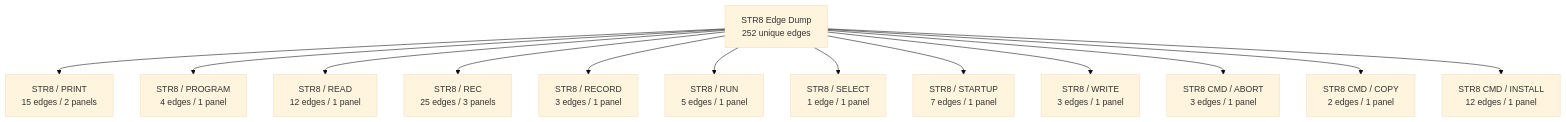
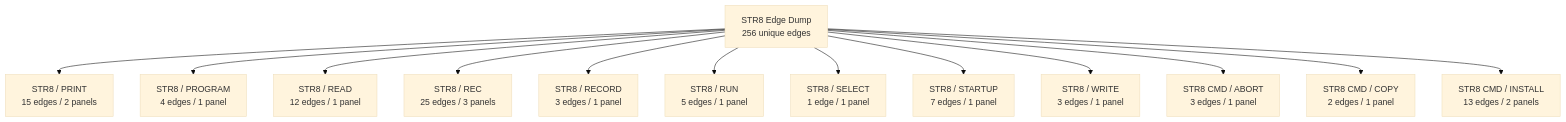
Before and after one commit to 95westus/R-YORS: the second of 43 diagrams in DOC/GUIDES/STR8/STR8_EDGE_DUMP.md, drawn with Mermaid (base theme). The commit also changed other lines of this file and 24 other files, not shown here.

````diff
--- a/DOC/GUIDES/STR8/STR8_EDGE_DUMP.md
+++ b/DOC/GUIDES/STR8/STR8_EDGE_DUMP.md
@@ -44,15 +44,15 @@
 ```mermaid
 flowchart TD
-    EDGE_ATLAS_ROOT_1["STR8 Edge Dump<br/>252 unique edges"] --> EDGE_FAMILY_1_0["STR8 / PRINT<br/>15 edges / 2 panels"]
-    EDGE_ATLAS_ROOT_1["STR8 Edge Dump<br/>252 unique edges"] --> EDGE_FAMILY_1_1["STR8 / PROGRAM<br/>4 edges / 1 panel"]
-    EDGE_ATLAS_ROOT_1["STR8 Edge Dump<br/>252 unique edges"] --> EDGE_FAMILY_1_2["STR8 / READ<br/>12 edges / 1 panel"]
-    EDGE_ATLAS_ROOT_1["STR8 Edge Dump<br/>252 unique edges"] --> EDGE_FAMILY_1_3["STR8 / REC<br/>25 edges / 3 panels"]
-    EDGE_ATLAS_ROOT_1["STR8 Edge Dump<br/>252 unique edges"] --> EDGE_FAMILY_1_4["STR8 / RECORD<br/>3 edges / 1 panel"]
-    EDGE_ATLAS_ROOT_1["STR8 Edge Dump<br/>252 unique edges"] --> EDGE_FAMILY_1_5["STR8 / RUN<br/>5 edges / 1 panel"]
-    EDGE_ATLAS_ROOT_1["STR8 Edge Dump<br/>252 unique edges"] --> EDGE_FAMILY_1_6["STR8 / SELECT<br/>1 edge / 1 panel"]
-    EDGE_ATLAS_ROOT_1["STR8 Edge Dump<br/>252 unique edges"] --> EDGE_FAMILY_1_7["STR8 / STARTUP<br/>7 edges / 1 panel"]
-    EDGE_ATLAS_ROOT_1["STR8 Edge Dump<br/>252 unique edges"] --> EDGE_FAMILY_1_8["STR8 / WRITE<br/>3 edges / 1 panel"]
-    EDGE_ATLAS_ROOT_1["STR8 Edge Dump<br/>252 unique edges"] --> EDGE_FAMILY_1_9["STR8 CMD / ABORT<br/>3 edges / 1 panel"]
-    EDGE_ATLAS_ROOT_1["STR8 Edge Dump<br/>252 unique edges"] --> EDGE_FAMILY_1_10["STR8 CMD / COPY<br/>2 edges / 1 panel"]
-    EDGE_ATLAS_ROOT_1["STR8 Edge Dump<br/>252 unique edges"] --> EDGE_FAMILY_1_11["STR8 CMD / INSTALL<br/>12 edges / 1 panel"]
+    EDGE_ATLAS_ROOT_1["STR8 Edge Dump<br/>256 unique edges"] --> EDGE_FAMILY_1_0["STR8 / PRINT<br/>15 edges / 2 panels"]
+    EDGE_ATLAS_ROOT_1["STR8 Edge Dump<br/>256 unique edges"] --> EDGE_FAMILY_1_1["STR8 / PROGRAM<br/>4 edges / 1 panel"]
+    EDGE_ATLAS_ROOT_1["STR8 Edge Dump<br/>256 unique edges"] --> EDGE_FAMILY_1_2["STR8 / READ<br/>12 edges / 1 panel"]
+    EDGE_ATLAS_ROOT_1["STR8 Edge Dump<br/>256 unique edges"] --> EDGE_FAMILY_1_3["STR8 / REC<br/>25 edges / 3 panels"]
+    EDGE_ATLAS_ROOT_1["STR8 Edge Dump<br/>256 unique edges"] --> EDGE_FAMILY_1_4["STR8 / RECORD<br/>3 edges / 1 panel"]
+    EDGE_ATLAS_ROOT_1["STR8 Edge Dump<br/>256 unique edges"] --> EDGE_FAMILY_1_5["STR8 / RUN<br/>5 edges / 1 panel"]
+    EDGE_ATLAS_ROOT_1["STR8 Edge Dump<br/>256 unique edges"] --> EDGE_FAMILY_1_6["STR8 / SELECT<br/>1 edge / 1 panel"]
+    EDGE_ATLAS_ROOT_1["STR8 Edge Dump<br/>256 unique edges"] --> EDGE_FAMILY_1_7["STR8 / STARTUP<br/>7 edges / 1 panel"]
+    EDGE_ATLAS_ROOT_1["STR8 Edge Dump<br/>256 unique edges"] --> EDGE_FAMILY_1_8["STR8 / WRITE<br/>3 edges / 1 panel"]
+    EDGE_ATLAS_ROOT_1["STR8 Edge Dump<br/>256 unique edges"] --> EDGE_FAMILY_1_9["STR8 CMD / ABORT<br/>3 edges / 1 panel"]
+    EDGE_ATLAS_ROOT_1["STR8 Edge Dump<br/>256 unique edges"] --> EDGE_FAMILY_1_10["STR8 CMD / COPY<br/>2 edges / 1 panel"]
+    EDGE_ATLAS_ROOT_1["STR8 Edge Dump<br/>256 unique edges"] --> EDGE_FAMILY_1_11["STR8 CMD / INSTALL<br/>13 edges / 2 panels"]
 ```
````
